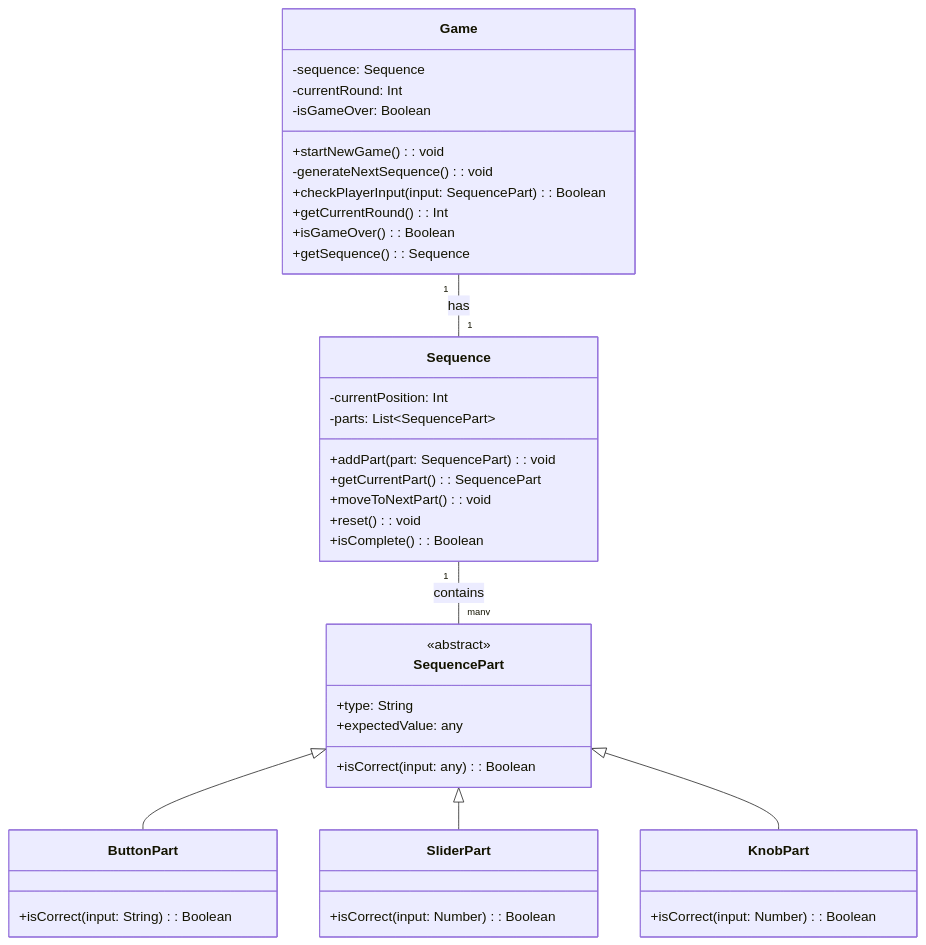
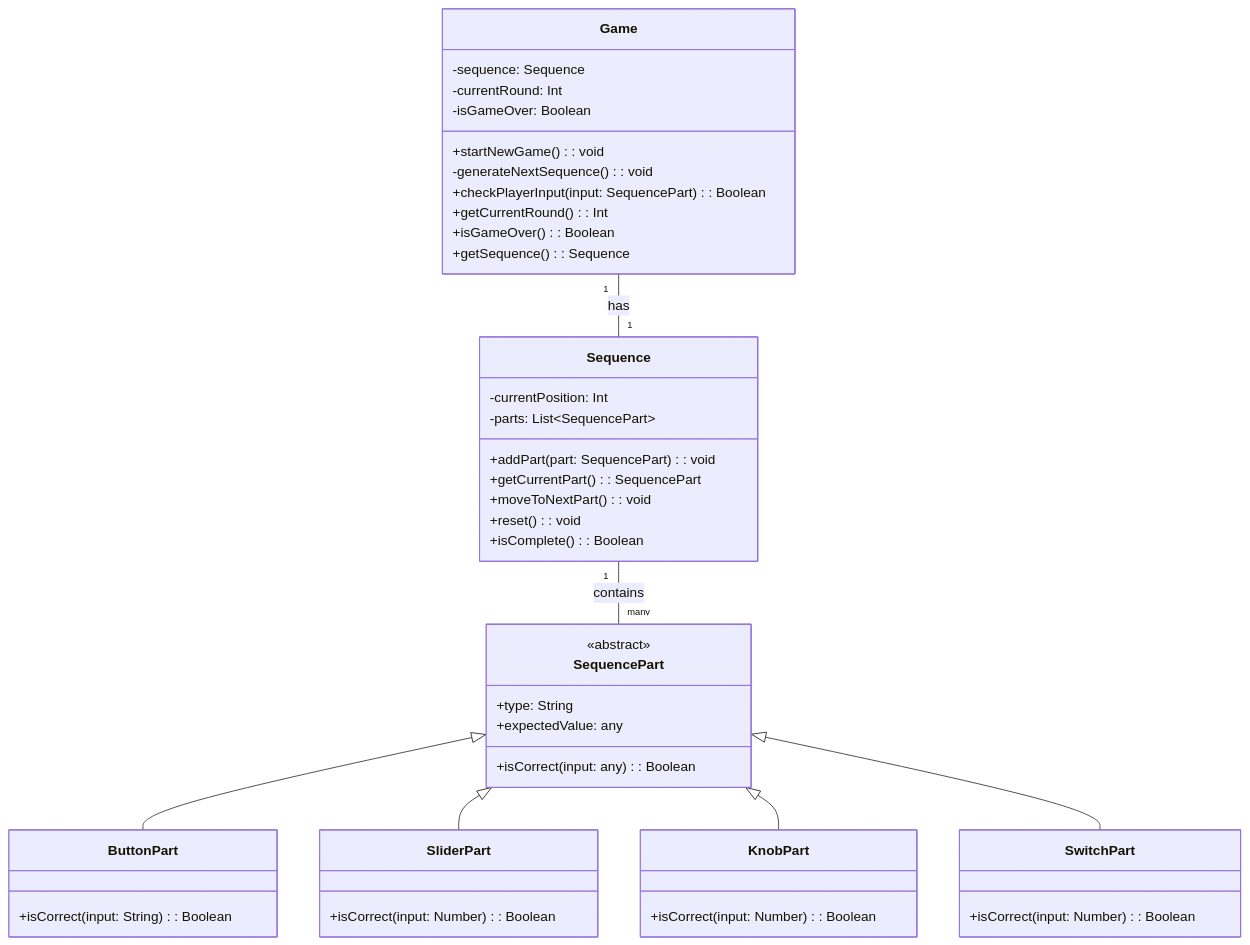
The fourth of 5 diagrams in docs/system-design.md (GitDevla/infinite-simon), drawn with Mermaid before and after one commit.

Commit message:
docs: add SwitchPart to system-design.md

````diff
--- a/docs/system-design.md
+++ b/docs/system-design.md
@@ -199,49 +199,54 @@
 ```mermaid
 classDiagram
     class SequencePart {
         <<abstract>>
         +type: String
         +expectedValue: any
         +isCorrect(input: any): Boolean
     }
 
     class ButtonPart {
         +isCorrect(input: String): Boolean
     }
 
     class SliderPart {
         +isCorrect(input: Number): Boolean
     }
 
     class KnobPart {
+        +isCorrect(input: Number): Boolean
+    }
+
+    class SwitchPart {
         +isCorrect(input: Number): Boolean
     }
 
     class Sequence {
         -currentPosition: Int
         -parts: List~SequencePart~
         +addPart(part: SequencePart): void
         +getCurrentPart(): SequencePart
         +moveToNextPart(): void
         +reset(): void
         +isComplete(): Boolean
     }
   
     class Game {
         -sequence: Sequence
         -currentRound: Int
         -isGameOver: Boolean
         +startNewGame(): void
         -generateNextSequence(): void
         +checkPlayerInput(input: SequencePart): Boolean
         +getCurrentRound(): Int
         +isGameOver(): Boolean
         +getSequence(): Sequence
     }
 
     Sequence "1" -- "many" SequencePart : contains
     Game "1" -- "1" Sequence : has
     SequencePart <|-- ButtonPart
     SequencePart <|-- SliderPart
     SequencePart <|-- KnobPart
+    SequencePart <|-- SwitchPart
 ```
````
